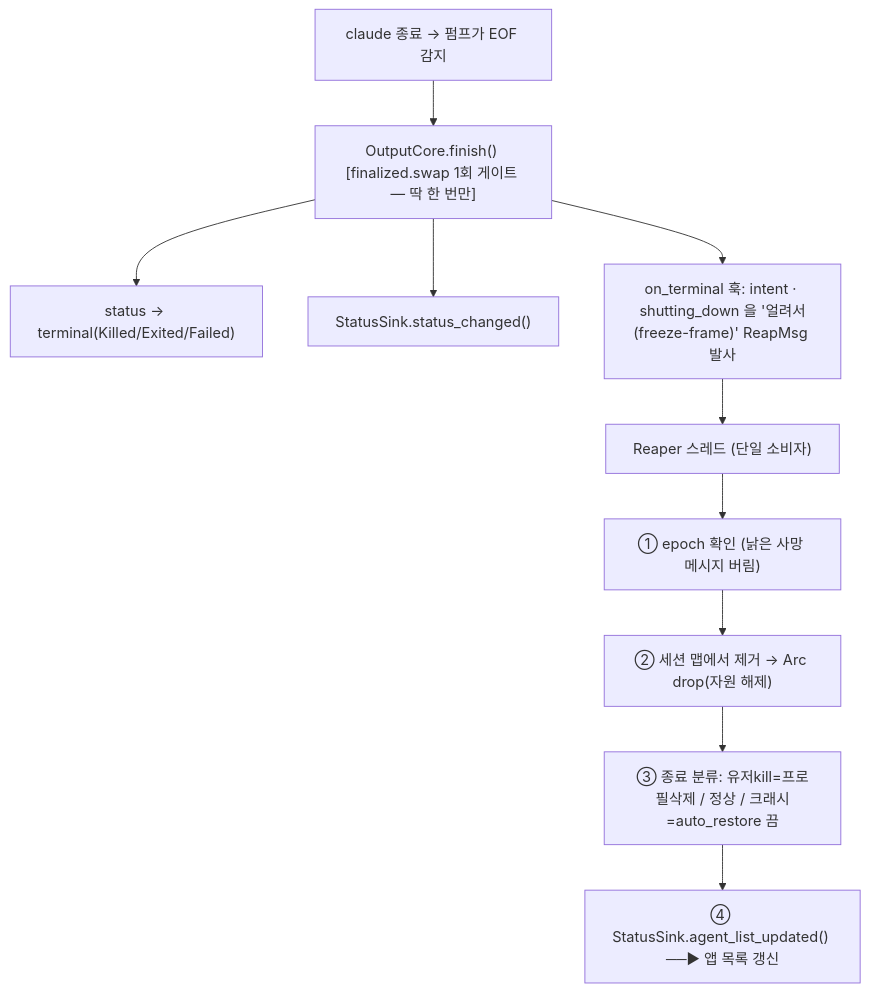
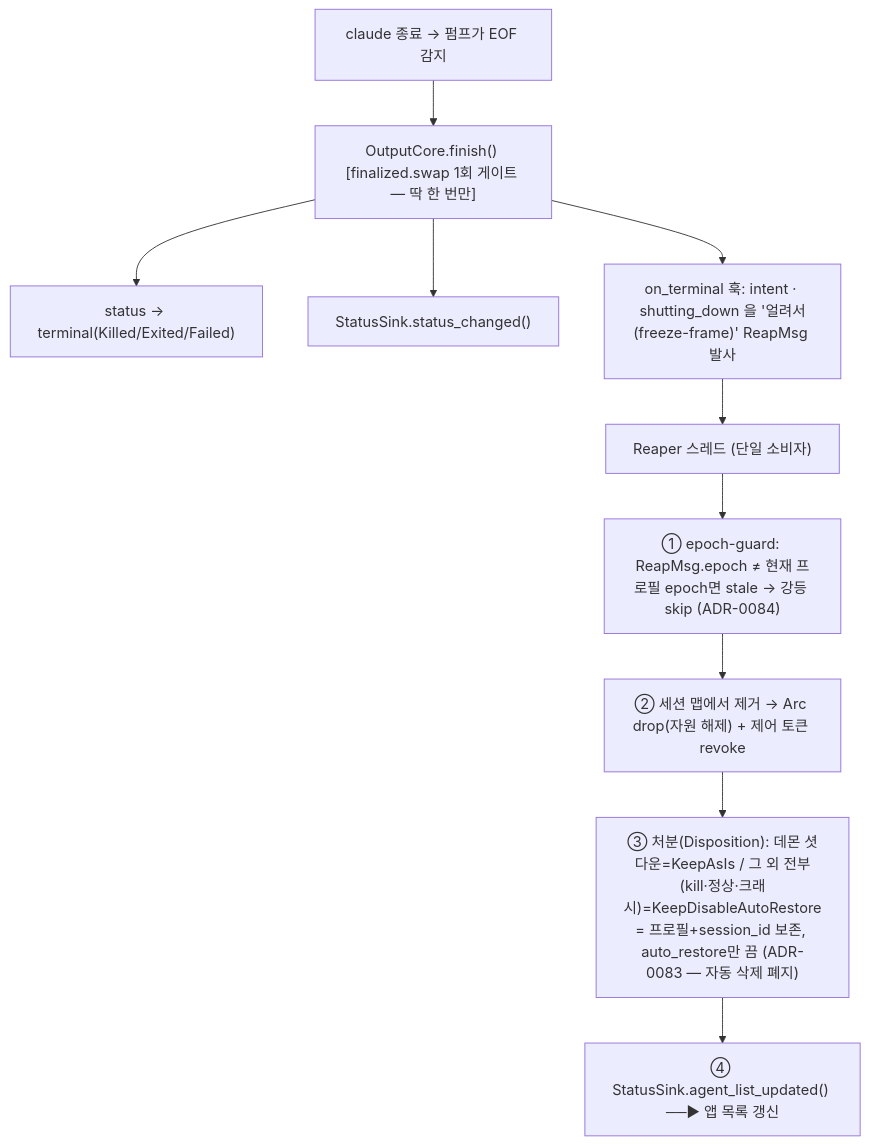
The seventh of 18 diagrams in docs/reference/architecture-overview.md (kimsunzun/engram-dashboard), drawn with Mermaid before and after one commit. The commit also changed other lines of this file, not shown here.

````diff
--- a/docs/reference/architecture-overview.md
+++ b/docs/reference/architecture-overview.md
@@ -220,20 +242,20 @@
 ```mermaid
 flowchart TD
   DIE["claude 종료 → 펌프가 EOF 감지"]
   FIN["OutputCore.finish() [finalized.swap 1회 게이트 — 딱 한 번만]"]
   ST["status → terminal(Killed/Exited/Failed)"]
   SC["StatusSink.status_changed()"]
   HOOK["on_terminal 훅: intent · shutting_down 을 '얼려서(freeze-frame)' ReapMsg 발사"]
   REAPER["Reaper 스레드 (단일 소비자)"]
-  R1["① epoch 확인 (낡은 사망 메시지 버림)"]
-  R2["② 세션 맵에서 제거 → Arc drop(자원 해제)"]
-  R3["③ 종료 분류: 유저kill=프로필삭제 / 정상 / 크래시=auto_restore 끔"]
+  R1["① epoch-guard: ReapMsg.epoch ≠ 현재 프로필 epoch면 stale → 강등 skip (ADR-0084)"]
+  R2["② 세션 맵에서 제거 → Arc drop(자원 해제) + 제어 토큰 revoke"]
+  R3["③ 처분(Disposition): 데몬 셧다운=KeepAsIs / 그 외 전부(kill·정상·크래시)=KeepDisableAutoRestore<br/>= 프로필+session_id 보존, auto_restore만 끔 (ADR-0083 — 자동 삭제 폐지)"]
   R4["④ StatusSink.agent_list_updated() ──▶ 앱 목록 갱신"]
 
   DIE --> FIN
   FIN --> ST
   FIN --> SC
   FIN --> HOOK
   HOOK --> REAPER
   REAPER --> R1 --> R2 --> R3 --> R4
 ```
````
